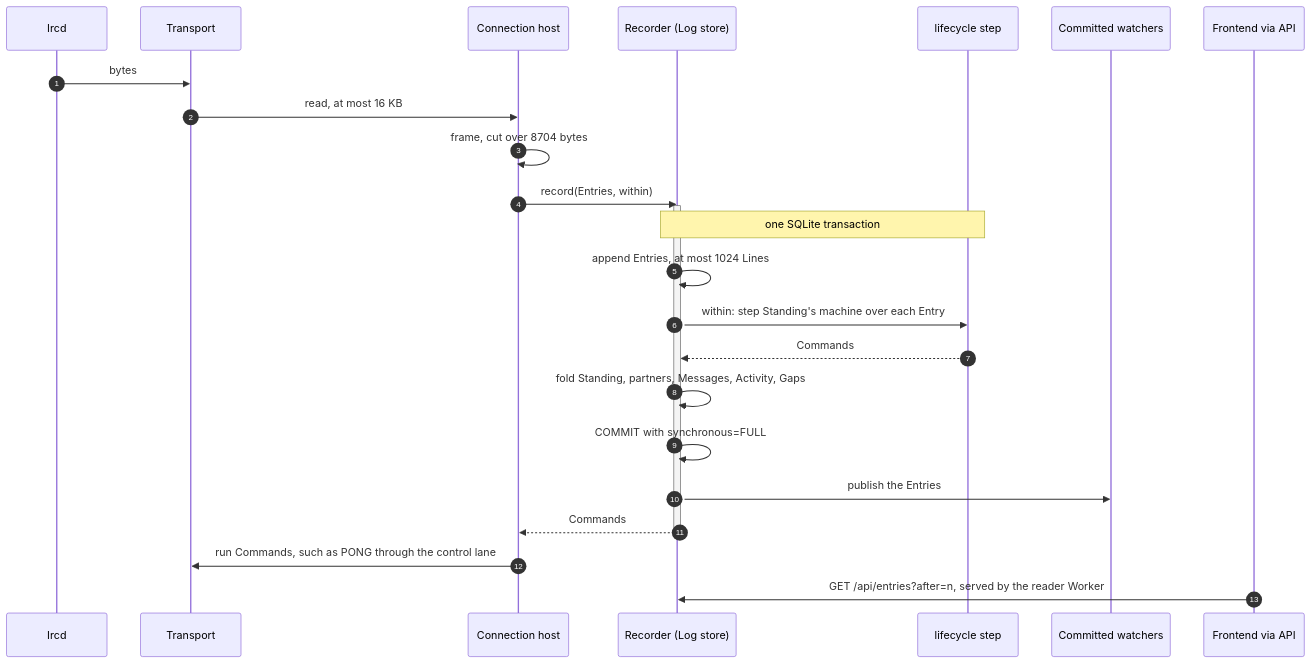
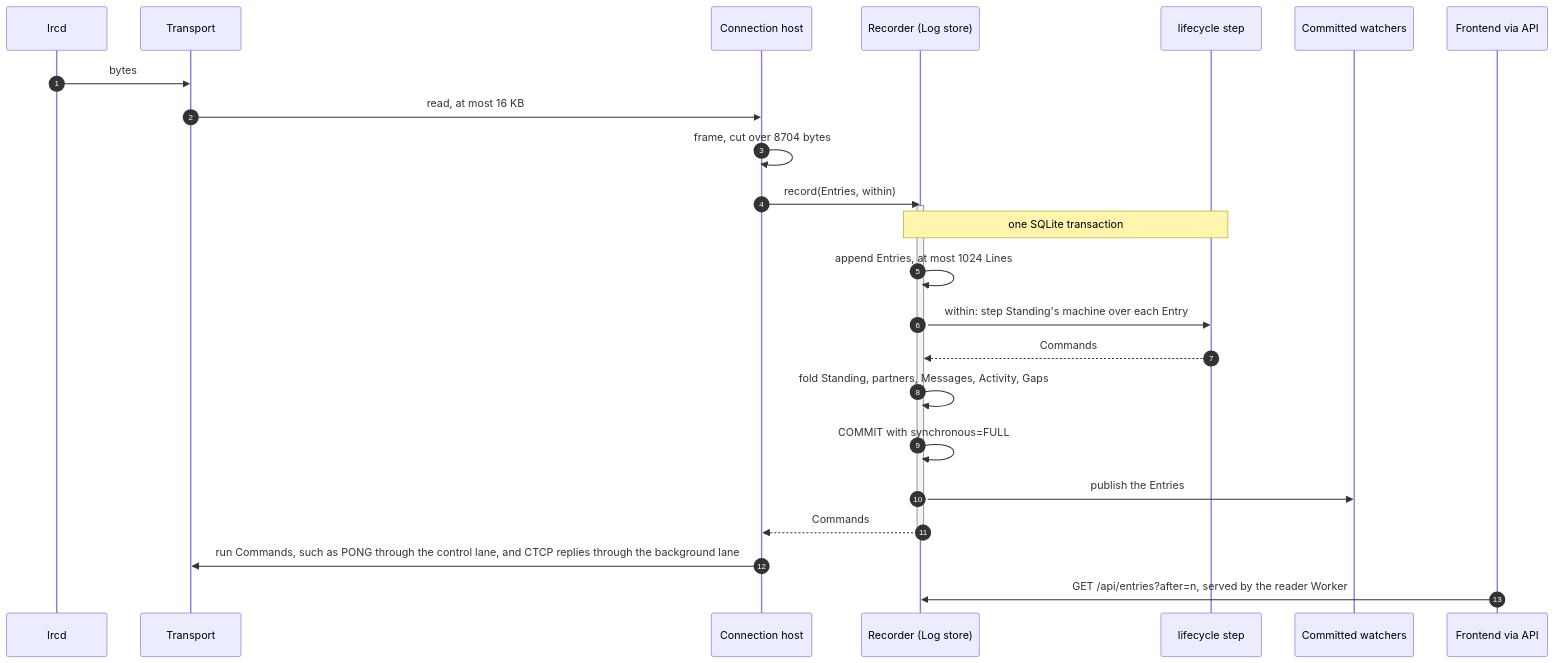
Before and after one commit to deankerr/iirc: the second of 5 diagrams in docs/architecture.md, drawn with Mermaid. The commit also changed other lines of this file and 45 other files, not shown here.

````diff
--- a/docs/architecture.md
+++ b/docs/architecture.md
@@ -81,27 +81,27 @@
 ```mermaid
 sequenceDiagram
   autonumber
   participant Ircd
   participant T as Transport
   participant H as Connection host
   participant R as Recorder (Log store)
   participant M as lifecycle step
   participant W as Committed watchers
   participant F as Frontend via API
   Ircd->>T: bytes
   T->>H: read, at most 16 KB
   H->>H: frame, cut over 8704 bytes
   H->>R: record(Entries, within)
   activate R
   Note over R,M: one SQLite transaction
   R->>R: append Entries, at most 1024 Lines
   R->>M: within: step Standing's machine over each Entry
   M-->>R: Commands
   R->>R: fold Standing, partners, Messages, Activity, Gaps
   R->>R: COMMIT with synchronous=FULL
   R->>W: publish the Entries
   R-->>H: Commands
   deactivate R
-  H->>T: run Commands, such as PONG through the control lane
+  H->>T: run Commands, such as PONG through the control lane, and CTCP replies through the background lane
   F->>R: GET /api/entries?after=n, served by the reader Worker
 ```
````
